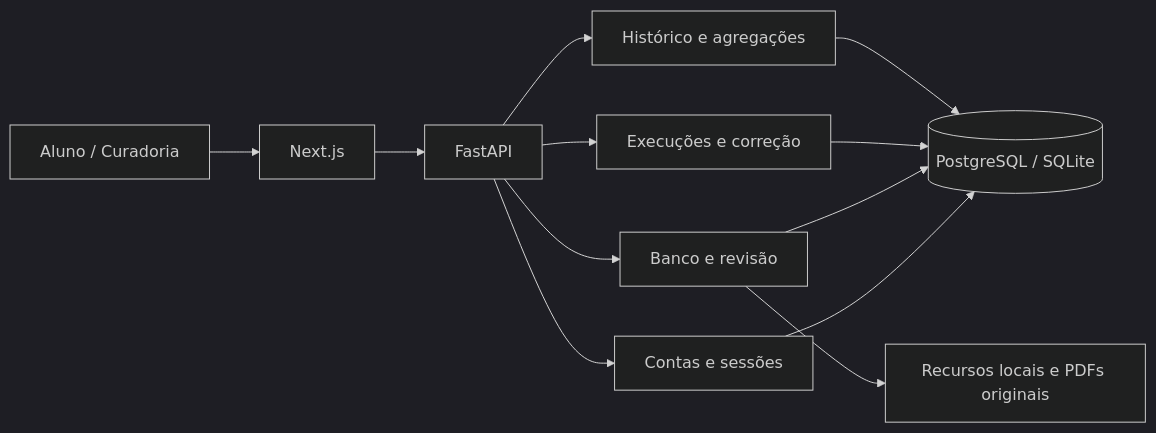
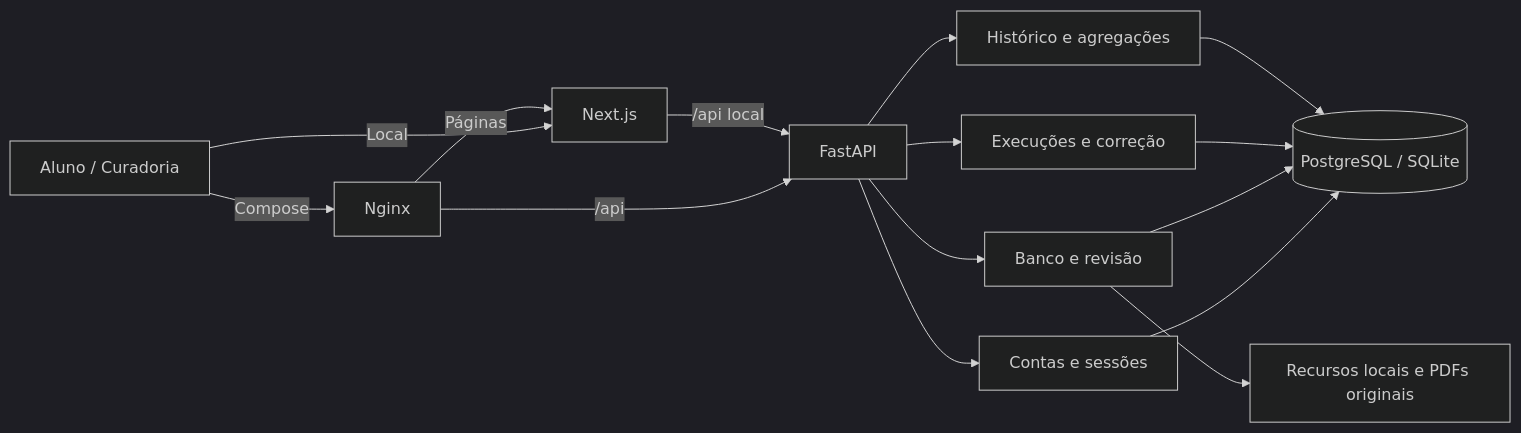
One commit to LemonCandles/enem-flow changed the diagram in docs/architecture.md. Above: the diagram before and after it, drawn with Mermaid (dark theme). The commit also changed other lines of this file and 5 other files, not shown here.

````diff
--- a/docs/architecture.md
+++ b/docs/architecture.md
@@ -9,14 +9,17 @@
 ```mermaid
 flowchart LR
-  Aluno[Aluno / Curadoria] --> Web[Next.js]
-  Web --> API[FastAPI]
+  Aluno[Aluno / Curadoria] -->|Compose| Gateway[Nginx]
+  Aluno -->|Local| Web[Next.js]
+  Gateway -->|Páginas| Web
+  Gateway -->|/api| API[FastAPI]
+  Web -->|/api local| API
   API --> Auth[Contas e sessões]
   API --> Content[Banco e revisão]
   API --> Runs[Execuções e correção]
   API --> Progress[Histórico e agregações]
   Auth --> DB[(PostgreSQL / SQLite)]
   Content --> DB
   Runs --> DB
   Progress --> DB
   Content --> Assets[Recursos locais e PDFs originais]
 ```
````
